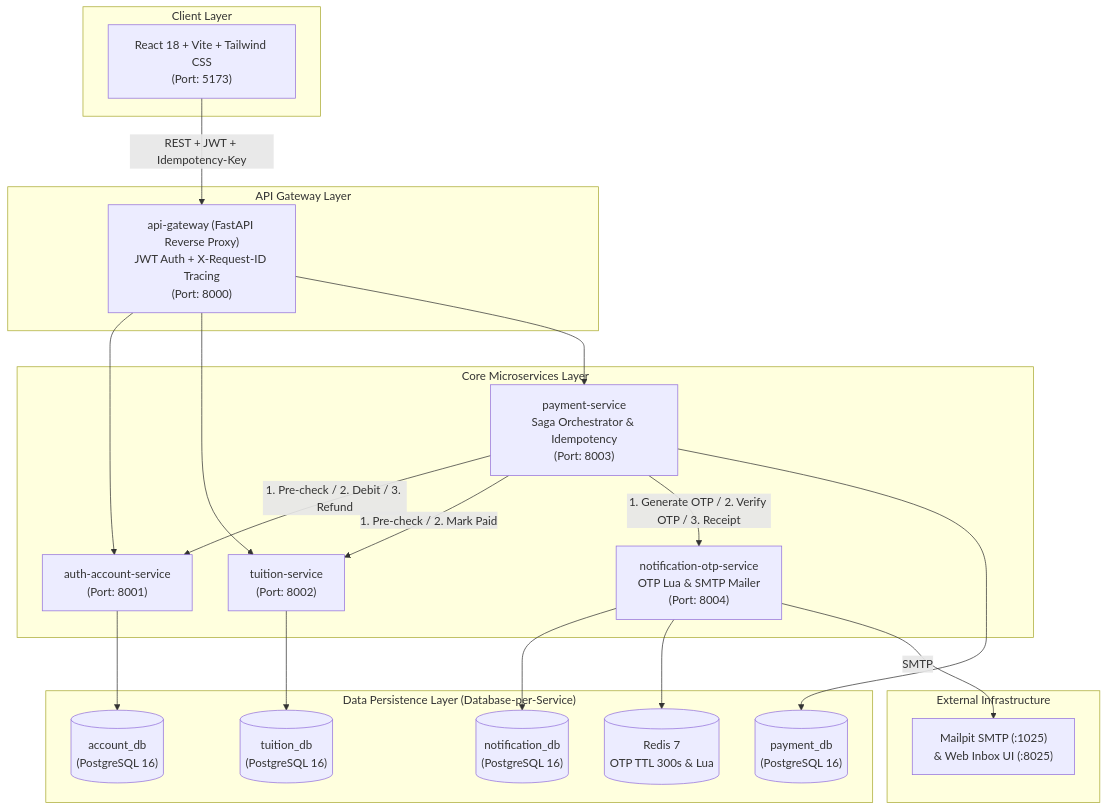
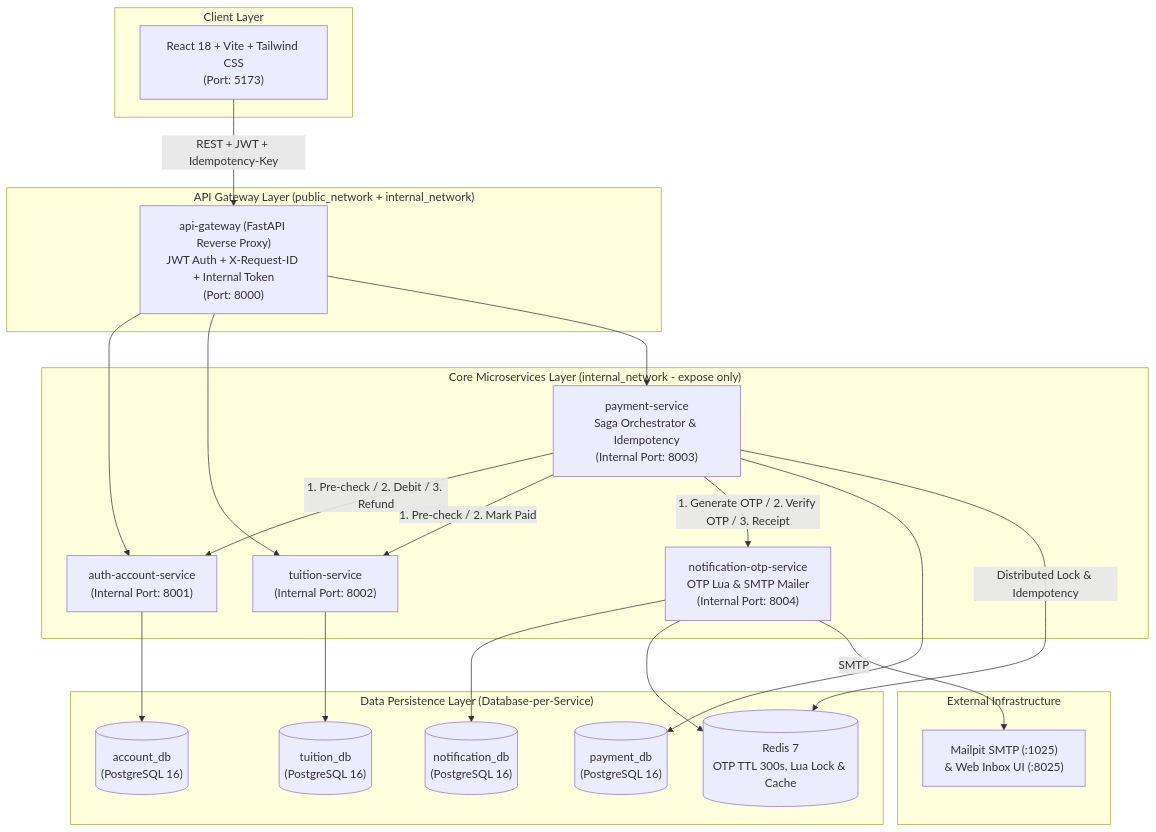
The diagram in README.md (nnn793200-pixel/midterm_SOA), drawn with Mermaid before and after one commit. The commit also changed other lines of this file and 16 other files, not shown here.

````diff
--- a/README.md
+++ b/README.md
@@ -33,45 +33,46 @@
 ```mermaid
 flowchart TB
     subgraph Client["Client Layer"]
         UI["React 18 + Vite + Tailwind CSS\n(Port: 5173)"]
     end
 
-    subgraph GatewayLayer["API Gateway Layer"]
-        GW["api-gateway (FastAPI Reverse Proxy)\nJWT Auth + X-Request-ID Tracing\n(Port: 8000)"]
+    subgraph GatewayLayer["API Gateway Layer (public_network + internal_network)"]
+        GW["api-gateway (FastAPI Reverse Proxy)\nJWT Auth + X-Request-ID + Internal Token\n(Port: 8000)"]
     end
 
-    subgraph Services["Core Microservices Layer"]
-        AUTH["auth-account-service\n(Port: 8001)"]
-        TUITION["tuition-service\n(Port: 8002)"]
-        PAYMENT["payment-service\nSaga Orchestrator & Idempotency\n(Port: 8003)"]
-        OTP["notification-otp-service\nOTP Lua & SMTP Mailer\n(Port: 8004)"]
+    subgraph Services["Core Microservices Layer (internal_network - expose only)"]
+        AUTH["auth-account-service\n(Internal Port: 8001)"]
+        TUITION["tuition-service\n(Internal Port: 8002)"]
+        PAYMENT["payment-service\nSaga Orchestrator & Idempotency\n(Internal Port: 8003)"]
+        OTP["notification-otp-service\nOTP Lua & SMTP Mailer\n(Internal Port: 8004)"]
     end
 
     subgraph DataLayer["Data Persistence Layer (Database-per-Service)"]
         DB_ACC[("account_db\n(PostgreSQL 16)")]
         DB_TUI[("tuition_db\n(PostgreSQL 16)")]
         DB_PAY[("payment_db\n(PostgreSQL 16)")]
         DB_NOTIF[("notification_db\n(PostgreSQL 16)")]
-        REDIS[("Redis 7\nOTP TTL 300s & Lua")]
+        REDIS[("Redis 7\nOTP TTL 300s, Lua Lock & Cache")]
     end
 
     subgraph External["External Infrastructure"]
         MAILPIT["Mailpit SMTP (:1025)\n& Web Inbox UI (:8025)"]
     end
 
     UI -->|REST + JWT + Idempotency-Key| GW
     GW --> AUTH
     GW --> TUITION
     GW --> PAYMENT
 
     PAYMENT -->|1. Pre-check / 2. Debit / 3. Refund| AUTH
     PAYMENT -->|1. Pre-check / 2. Mark Paid| TUITION
     PAYMENT -->|1. Generate OTP / 2. Verify OTP / 3. Receipt| OTP
 
     AUTH --> DB_ACC
     TUITION --> DB_TUI
     PAYMENT --> DB_PAY
+    PAYMENT -->|Distributed Lock & Idempotency| REDIS
     OTP --> DB_NOTIF
     OTP --> REDIS
     OTP -->|SMTP| MAILPIT
 ```
````
